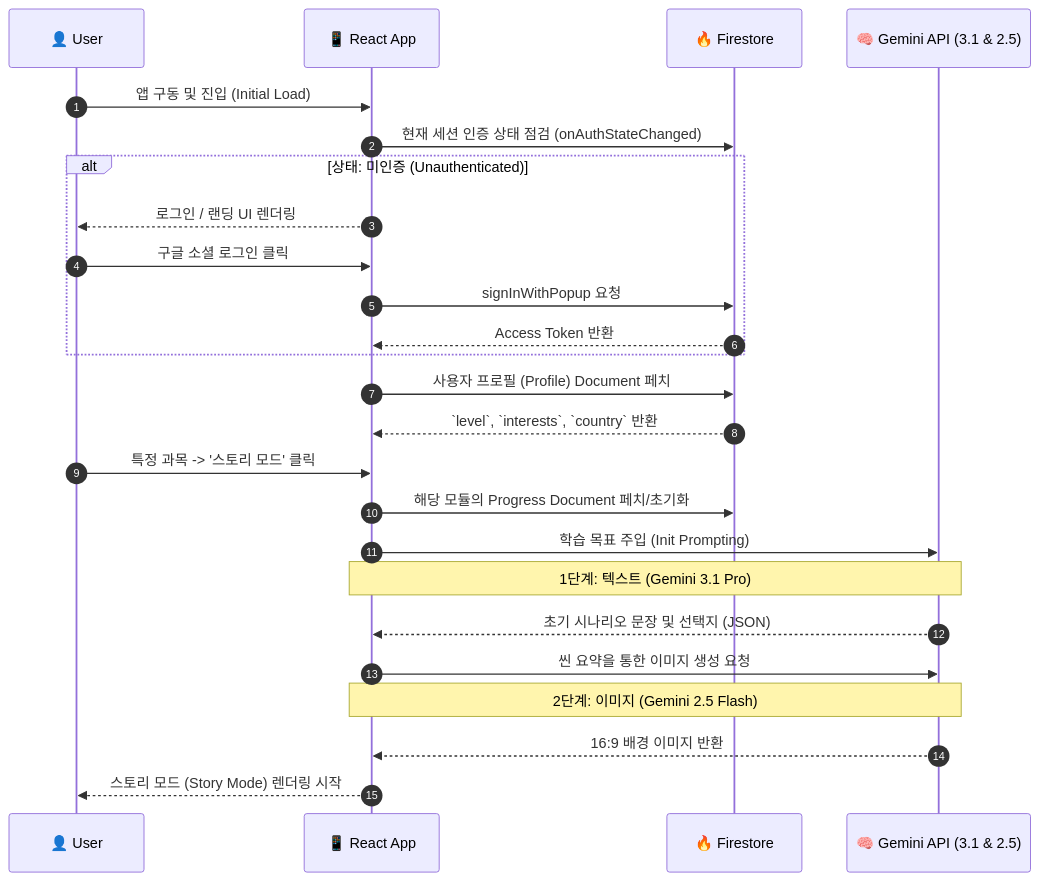
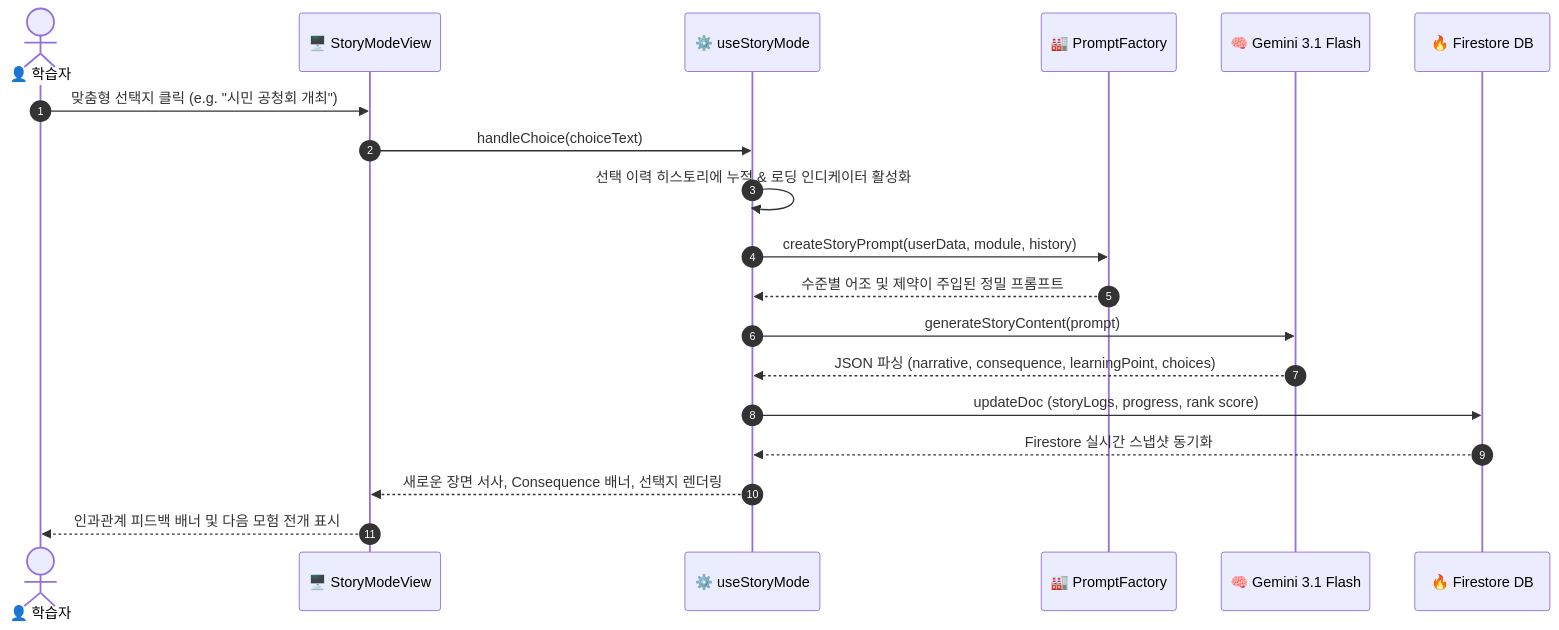
One commit to ll7098ll/prism changed the second of 2 diagrams in docs/03_SYSTEM_ARCHITECTURE.md. Above: the diagram before and after it, drawn with Mermaid. The commit also changed other lines of this file and 25 other files, not shown here.

````diff
--- a/docs/03_SYSTEM_ARCHITECTURE.md
+++ b/docs/03_SYSTEM_ARCHITECTURE.md
@@ -61,31 +66,22 @@
 ```mermaid
 sequenceDiagram
     autonumber
-    participant U as 👤 User
-    participant App as 📱 React App
-    participant DB as 🔥 Firestore
-    participant AI as 🧠 Gemini API (3.1 & 2.5)
-    
-    U->>App: 앱 구동 및 진입 (Initial Load)
-    App->>DB: 현재 세션 인증 상태 점검 (onAuthStateChanged)
-    
-    alt 상태: 미인증 (Unauthenticated)
-        App-->>U: 로그인 / 랜딩 UI 렌더링
-        U->>App: 구글 소셜 로그인 클릭
-        App->>DB: signInWithPopup 요청
-        DB-->>App: Access Token 반환
-    end
-    
-    App->>DB: 사용자 프로필 (Profile) Document 페치
-    DB-->>App: `level`, `interests`, `country` 반환
-    
-    U->>App: 특정 과목 -> '스토리 모드' 클릭
-    App->>DB: 해당 모듈의 Progress Document 페치/초기화
-    App->>AI: 학습 목표 주입 (Init Prompting)
-    Note over App,AI: 1단계: 텍스트 (Gemini 3.1 Pro)
-    AI-->>App: 초기 시나리오 문장 및 선택지 (JSON)
-    App->>AI: 씬 요약을 통한 이미지 생성 요청
-    Note over App,AI: 2단계: 이미지 (Gemini 2.5 Flash)
-    AI-->>App: 16:9 배경 이미지 반환
-    App-->>U: 스토리 모드 (Story Mode) 렌더링 시작
+    actor Learner as 👤 학습자
+    participant View as 🖥️ StoryModeView
+    participant Hook as ⚙️ useStoryMode
+    participant Factory as 🏭 PromptFactory
+    participant AI as 🧠 Gemini 3.1 Flash
+    participant DB as 🔥 Firestore DB
+
+    Learner->>View: 맞춤형 선택지 클릭 (e.g. "시민 공청회 개최")
+    View->>Hook: handleChoice(choiceText)
+    Hook->>Hook: 선택 이력 히스토리에 누적 & 로딩 인디케이터 활성화
+    Hook->>Factory: createStoryPrompt(userData, module, history)
+    Factory-->>Hook: 수준별 어조 및 제약이 주입된 정밀 프롬프트
+    Hook->>AI: generateStoryContent(prompt)
+    AI-->>Hook: JSON 파싱 (narrative, consequence, learningPoint, choices)
+    Hook->>DB: updateDoc (storyLogs, progress, rank score)
+    DB-->>Hook: Firestore 실시간 스냅샷 동기화
+    Hook-->>View: 새로운 장면 서사, Consequence 배너, 선택지 렌더링
+    View-->>Learner: 인과관계 피드백 배너 및 다음 모험 전개 표시
 ```
````
